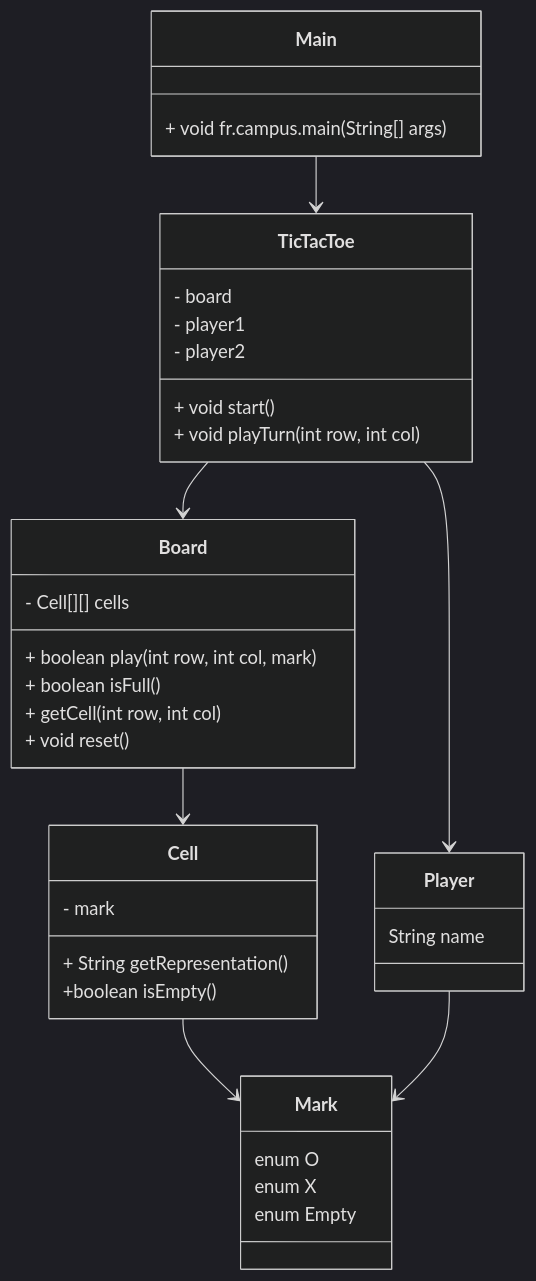
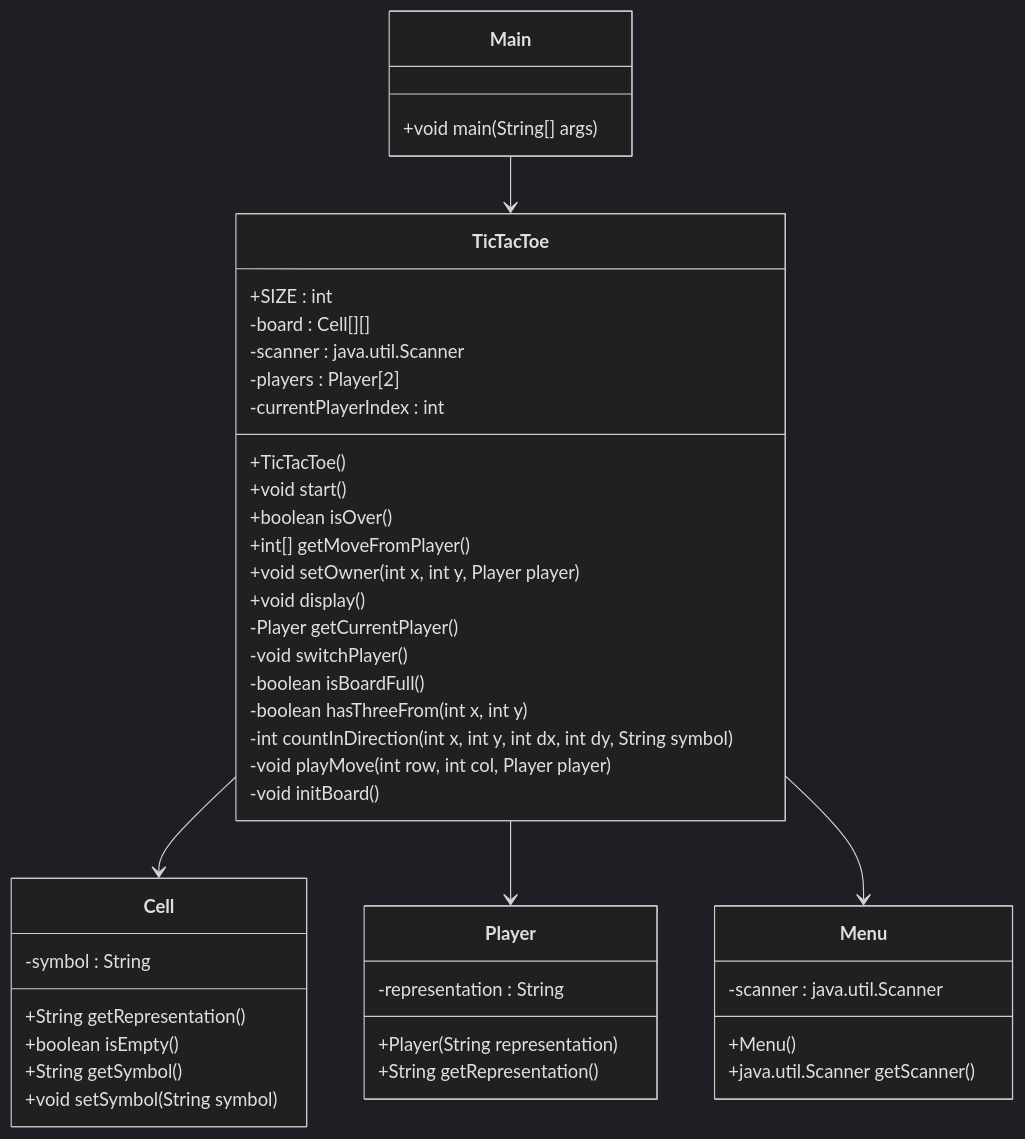
Before and after one commit to Sinan386/TicTacToe: the diagram in README.md, drawn with Mermaid (dark theme). The commit also changed 1 other file, not shown here.

Commit message:
Mise en place 2nd joueur + MAJ mermaid

````diff
--- a/README.md
+++ b/README.md
@@ -2,49 +2,60 @@
 ```mermaid
 classDiagram
-Main : + void fr.campus.main(String[] args)
+    class Main {
+        +void main(String[] args)
+    }
 
     class TicTacToe {
-      - board
-      - player1
-      - player2
-      
-      + void start()
-      + void playTurn(int row, int col)
-      
+        +SIZE : int
+        -board : Cell[][]
+        -scanner : java.util.Scanner
+        -players : Player[2]
+        -currentPlayerIndex : int
+
+        +TicTacToe()
+        +void start()
+        +boolean isOver()
+        +int[] getMoveFromPlayer()
+        +void setOwner(int x, int y, Player player)
+        +void display()
+
+        -Player getCurrentPlayer()
+        -void switchPlayer()
+        -boolean isBoardFull()
+        -boolean hasThreeFrom(int x, int y)
+        -int countInDirection(int x, int y, int dx, int dy, String symbol)
+        -void playMove(int row, int col, Player player)
+        -void initBoard()
     }
-    class Board {
-      - Cell[][] cells
-      + boolean play(int row, int col, mark)                                                                                                                                                                          
-      + boolean isFull()
-      + getCell(int row, int col)
-      + void reset()
+
+    class Menu {
+        -scanner : java.util.Scanner
+        +Menu()
+        +java.util.Scanner getScanner()
     }
 
     class Cell {
-        - mark
-        + String getRepresentation()
-        +boolean isEmpty ()
-
+        -symbol : String
+        +String getRepresentation()
+        +boolean isEmpty()
+        +String getSymbol()
+        +void setSymbol(String symbol)
     }
 
     class Player {
-            String name
-        }
-
-    class Mark {
-        enum O 
-        enum X
-        enum Empty
+        -representation : String
+        +Player(String representation)
+        +String getRepresentation()
     }
 
- Main --> TicTacToe
- TicTacToe --> Board
- Board      --> Cell
- TicTacToe --> Player
- Cell --> Mark
- Player --> Mark
+%% Relations
+    Main --> TicTacToe
+    TicTacToe --> Cell
+    TicTacToe -->  Player
+    TicTacToe --> Menu
+
 
 
 
 
 ```
````
